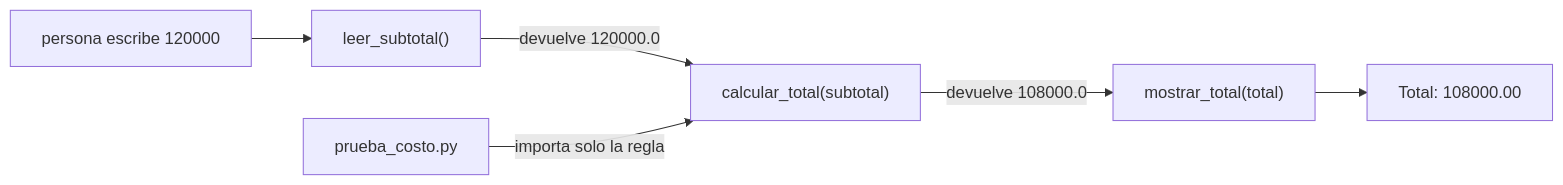
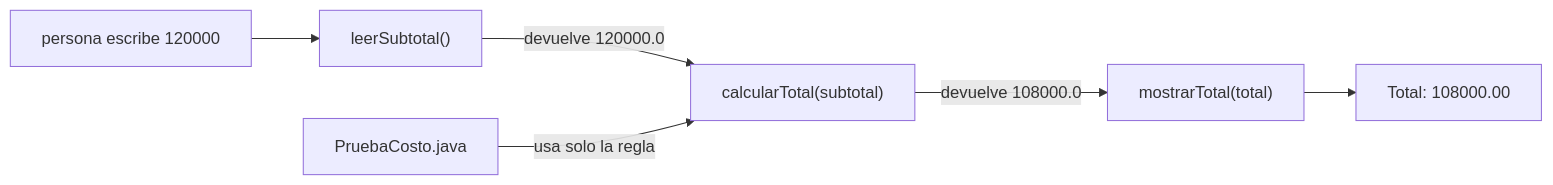
The fourth of 7 diagrams in web/public/content/foundations/modulo-1.md (NICORUIZ93/The_Imperial_Book), drawn with Mermaid before and after one commit. The commit also changed other lines of this file and 4 other files, not shown here.

````diff
--- a/web/public/content/foundations/modulo-1.md
+++ b/web/public/content/foundations/modulo-1.md
@@ -795,8 +864,8 @@
 ```mermaid
 flowchart LR
-    U["persona escribe 120000"] --> L["leer_subtotal()"]
-    L -->|"devuelve 120000.0"| C["calcular_total(subtotal)"]
-    C -->|"devuelve 108000.0"| M["mostrar_total(total)"]
+    U["persona escribe 120000"] --> L["leerSubtotal()"]
+    L -->|"devuelve 120000.0"| C["calcularTotal(subtotal)"]
+    C -->|"devuelve 108000.0"| M["mostrarTotal(total)"]
     M --> S["Total: 108000.00"]
-    P["prueba_costo.py"] -->|"importa solo la regla"| C
+    P["PruebaCosto.java"] -->|"usa solo la regla"| C
 ```
````
